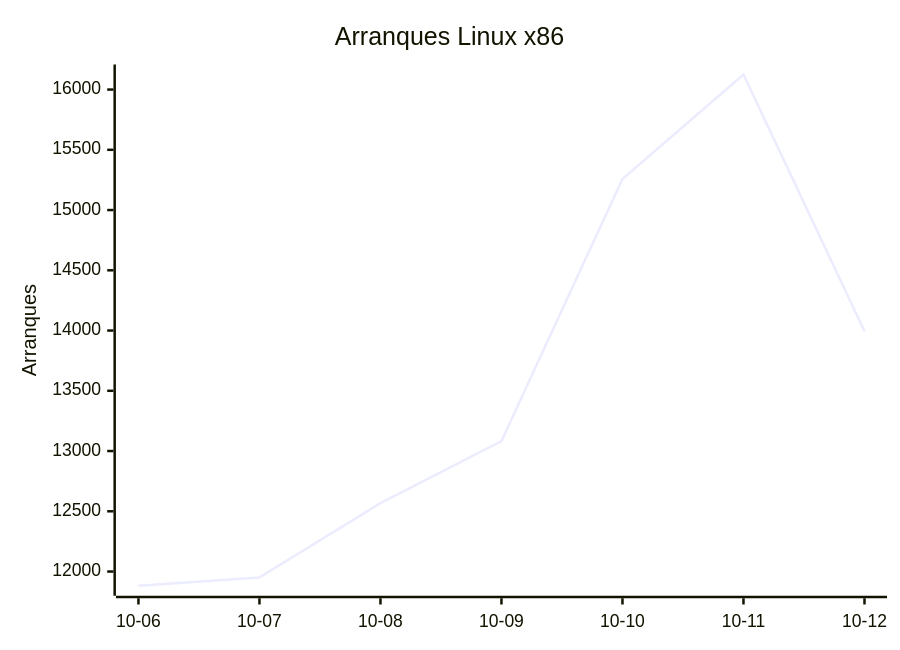
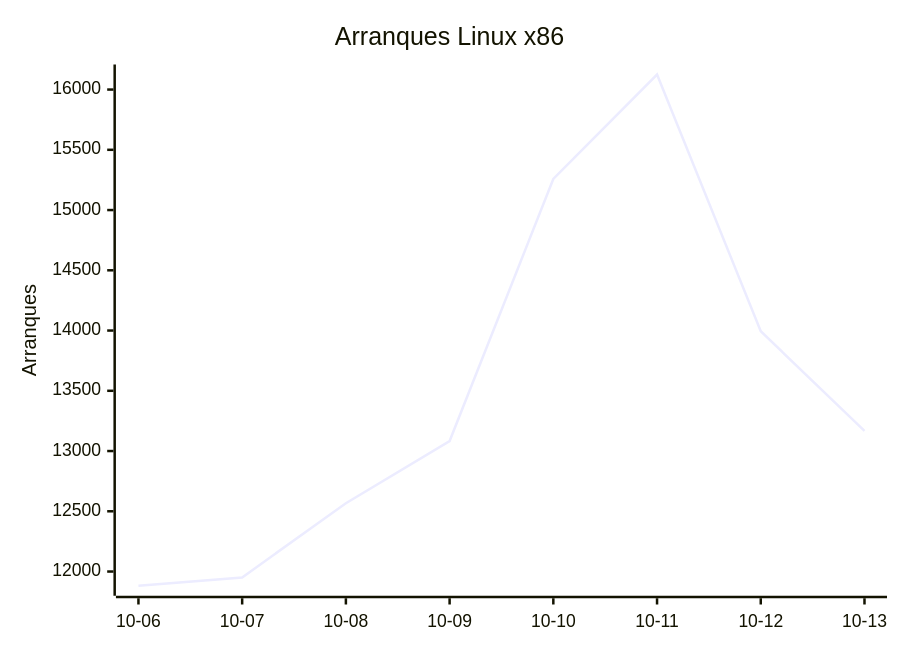
The first of 8 diagrams in README.md (EmuDeck/stats), drawn with Mermaid before and after one commit. The commit also changed other lines of this file and 2 other files, not shown here.

````diff
--- a/README.md
+++ b/README.md
@@ -18,7 +18,7 @@
 ```mermaid
 xychart-beta
     title "Arranques Linux x86"
-    x-axis ["10-06", "10-07", "10-08", "10-09", "10-10", "10-11", "10-12"]
+    x-axis ["10-06", "10-07", "10-08", "10-09", "10-10", "10-11", "10-12", "10-13"]
     y-axis "Arranques"
-    line [11882, 11951, 12567, 13083, 15258, 16125, 13994]
+    line [11882, 11951, 12567, 13083, 15258, 16125, 13994, 13168]
 ```
````
